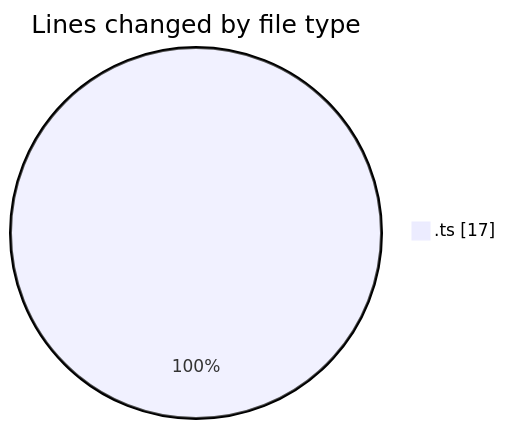
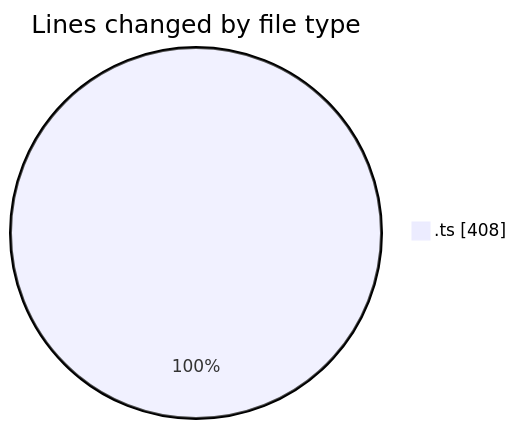
Before and after one commit to CELIANVF/code-tracking: the first of 2 diagrams in 2025-06-03/ecodeli-1/README.md, drawn with Mermaid. The commit also changed other lines of this file and 1 other file, not shown here.

````diff
--- a/2025-06-03/ecodeli-1/README.md
+++ b/2025-06-03/ecodeli-1/README.md
@@ -22,5 +23,5 @@
 ```mermaid
 pie showData
 title Lines changed by file type
-".ts" : 17
+".ts" : 408
 ```
````
